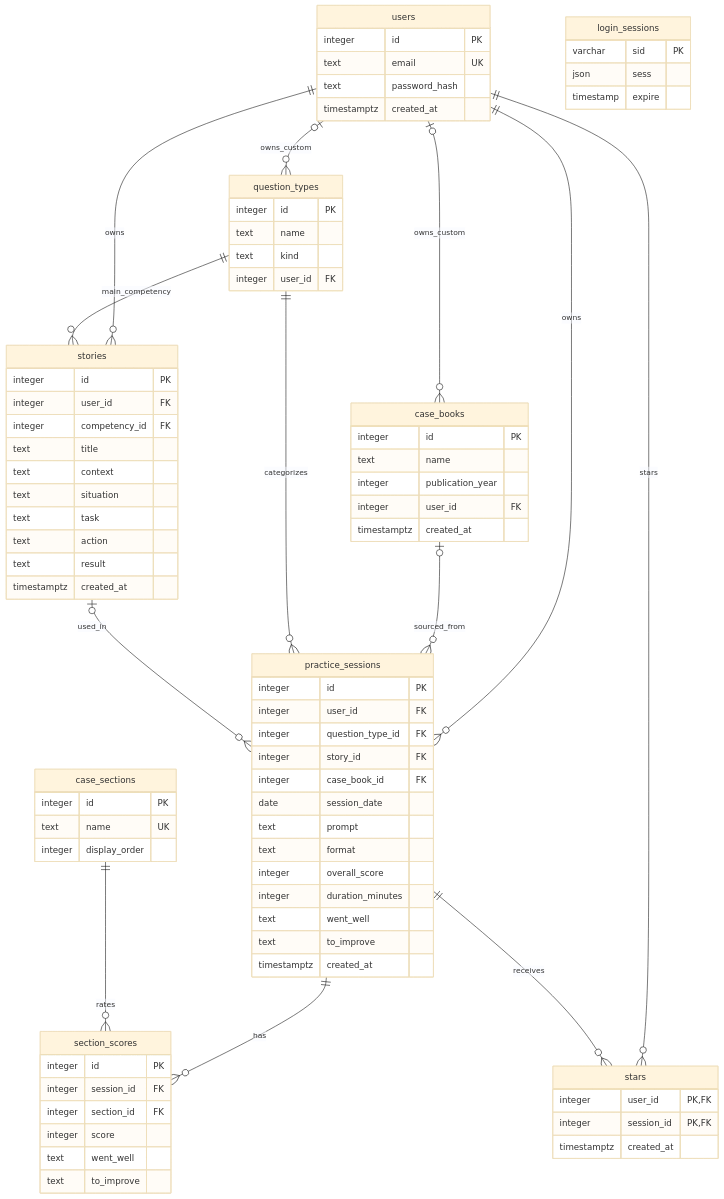
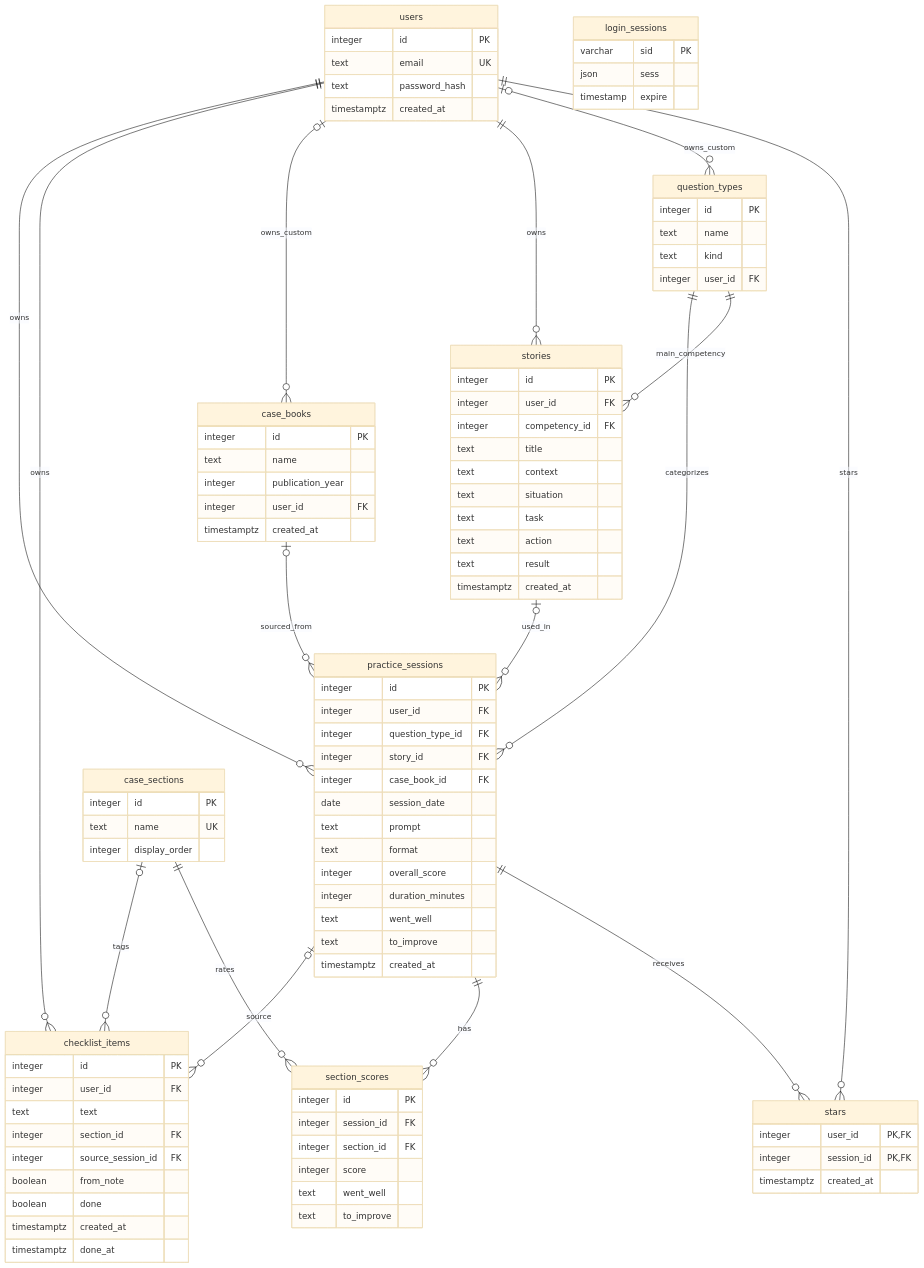
The diagram in schema.md (dshimada98/interviewprep), drawn with Mermaid (base theme) before and after one commit. The commit also changed other lines of this file and 22 other files, not shown here.

First line of the commit message:
Update interview prep dashboard components and regenerate API client schemas

````diff
--- a/schema.md
+++ b/schema.md
@@ -154,6 +191,9 @@
 ```mermaid
 erDiagram
     users ||--o{ practice_sessions : owns
+    users ||--o{ checklist_items : owns
+    case_sections |o--o{ checklist_items : tags
+    practice_sessions |o--o{ checklist_items : source
     users |o--o{ case_books : owns_custom
     case_books |o--o{ practice_sessions : sourced_from
     question_types ||--o{ practice_sessions : categorizes
@@ -199,6 +239,17 @@
         integer user_id FK
         timestamptz created_at
     }
+    checklist_items {
+        integer id PK
+        integer user_id FK
+        text text
+        integer section_id FK
+        integer source_session_id FK
+        boolean from_note
+        boolean done
+        timestamptz created_at
+        timestamptz done_at
+    }
     case_sections {
         integer id PK
         text name UK
````
